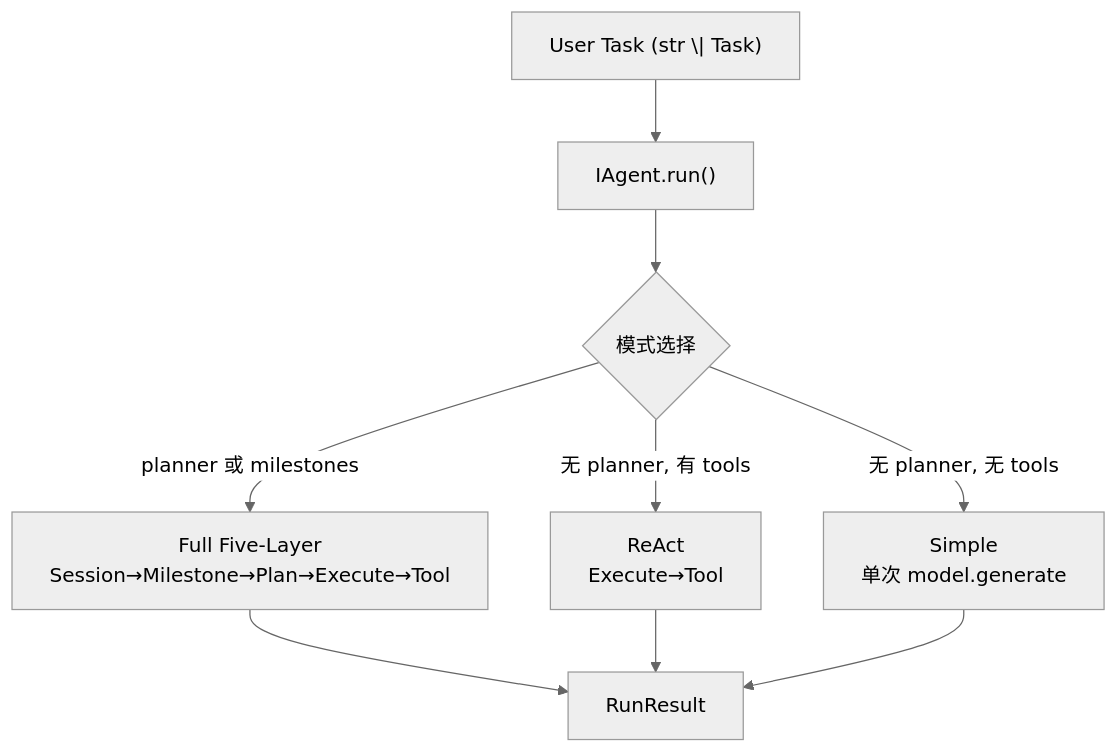
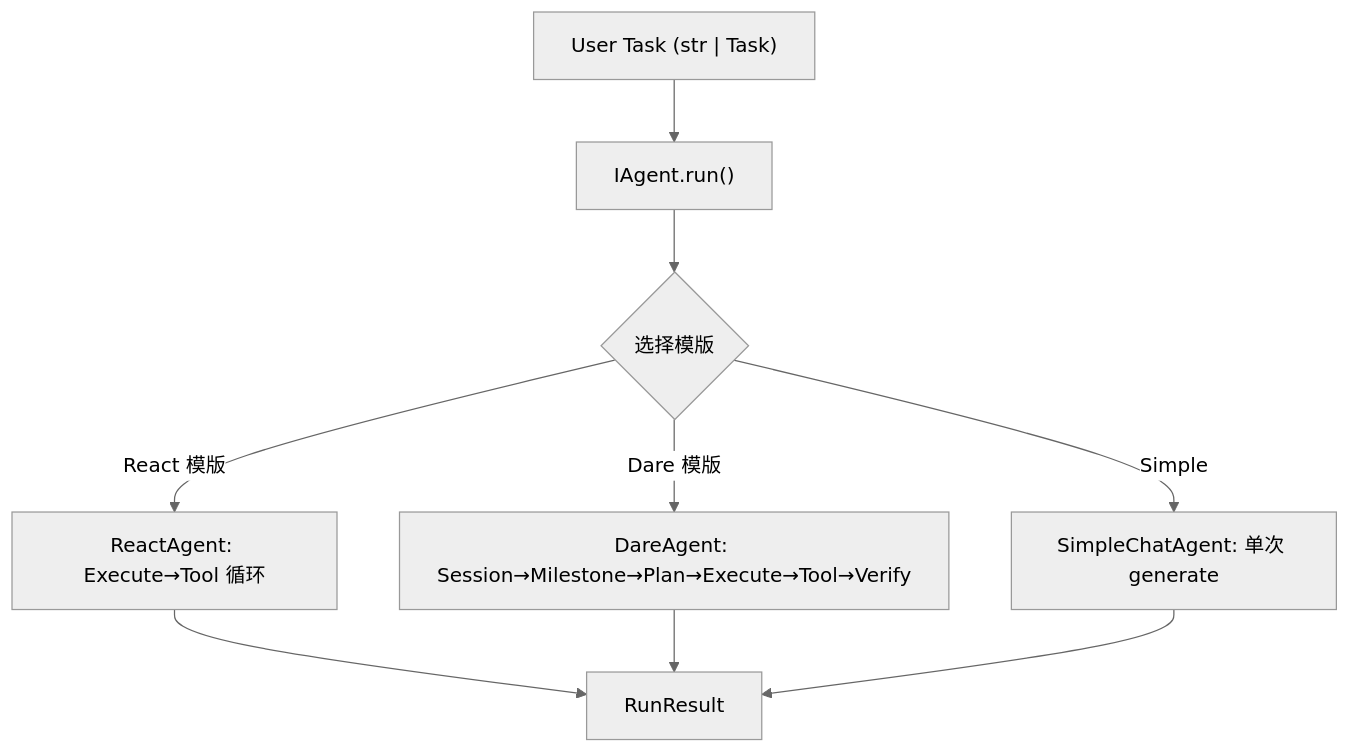
The second of 13 diagrams in docs/DARE_FRAMEWORK_DESIGN.md (clowder-labs/Deterministic-Agent-Runtime-Engine), drawn with Mermaid (neutral theme) before and after one commit. The commit also changed other lines of this file, not shown here.

````diff
--- a/docs/DARE_FRAMEWORK_DESIGN.md
+++ b/docs/DARE_FRAMEWORK_DESIGN.md
@@ -100,11 +105,11 @@
 ```mermaid
 flowchart TD
-    U["User Task (str \| Task)"] --> I["IAgent.run()"]
-    I --> M{"模式选择"}
-    M -->|planner 或 milestones| F["Full Five-Layer<br/>Session→Milestone→Plan→Execute→Tool"]
-    M -->|无 planner, 有 tools| R["ReAct<br/>Execute→Tool"]
-    M -->|无 planner, 无 tools| S["Simple<br/>单次 model.generate"]
-    F --> O["RunResult"]
-    R --> O
-    S --> O
+  U["User Task (str | Task)"] --> R["IAgent.run()"]
+  R --> S{"选择模版"}
+  S -->|React 模版| X["ReactAgent: Execute→Tool 循环"]
+  S -->|Dare 模版| Y["DareAgent: Session→Milestone→Plan→Execute→Tool→Verify"]
+  S -->|Simple| Z["SimpleChatAgent: 单次 generate"]
+  X --> O["RunResult"]
+  Y --> O
+  Z --> O
 ```
````
